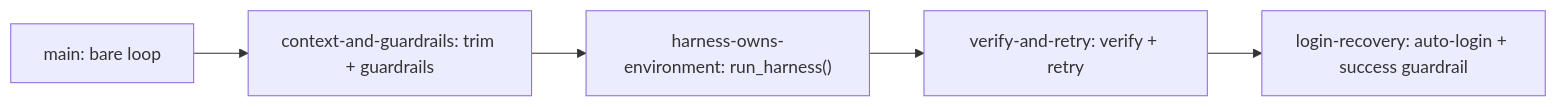
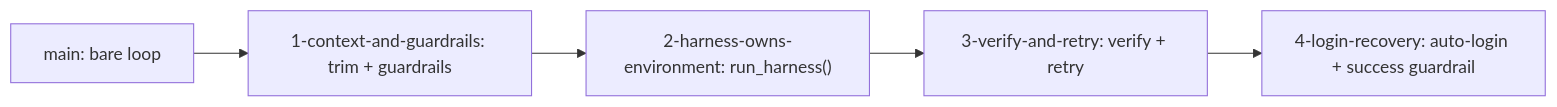
The first of 4 diagrams in ARCHITECTURE.md (mshnjffr/ai-harness-demo), drawn with Mermaid before and after one commit. The commit also changed 6 other files, not shown here.

````diff
--- a/ARCHITECTURE.md
+++ b/ARCHITECTURE.md
@@ -11,7 +11,7 @@
 ```mermaid
 flowchart LR
-  main["main: bare loop"] --> cg["context-and-guardrails: trim + guardrails"]
-  cg --> hoe["harness-owns-environment: run_harness()"]
-  hoe --> vr["verify-and-retry: verify + retry"]
-  vr --> lr["login-recovery: auto-login + success guardrail"]
+  main["main: bare loop"] --> cg["1-context-and-guardrails: trim + guardrails"]
+  cg --> hoe["2-harness-owns-environment: run_harness()"]
+  hoe --> vr["3-verify-and-retry: verify + retry"]
+  vr --> lr["4-login-recovery: auto-login + success guardrail"]
 ```
````
